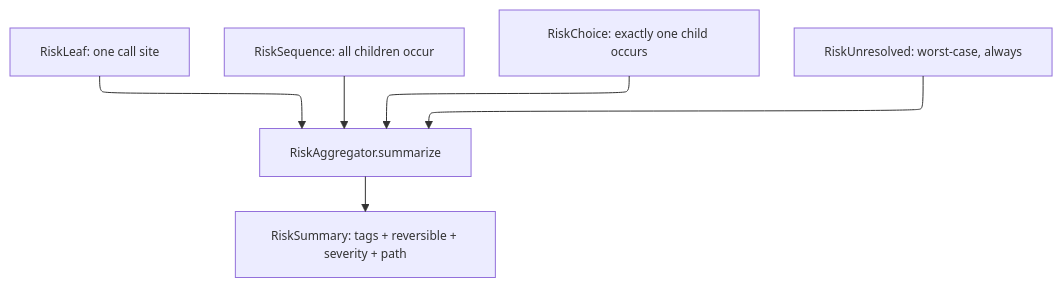
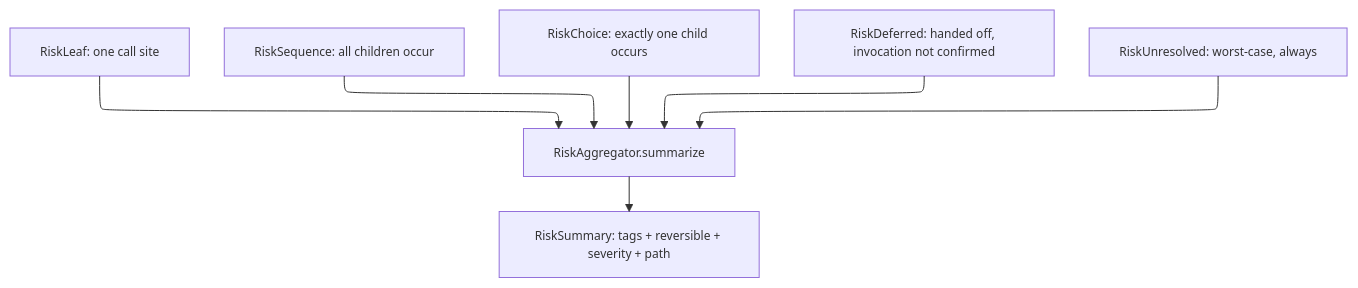
One commit to ModelArmy/adjutant.cr changed the tenth of 12 diagrams in DEVELOPMENT.md. Above: the diagram before and after it, drawn with Mermaid. The commit also changed other lines of this file and 31 other files, not shown here.

````diff
--- a/DEVELOPMENT.md
+++ b/DEVELOPMENT.md
@@ -504,15 +508,16 @@
 ```mermaid
 ---
 displayMode: compact
 config:
   layout: elk
   themeVariables:
     fontSize: 12px
 ---
 flowchart TD
     Leaf["RiskLeaf: one call site"] --> Agg[RiskAggregator.summarize]
     Seq["RiskSequence: all children occur"] --> Agg
     Choice["RiskChoice: exactly one child occurs"] --> Agg
+    Deferred["RiskDeferred: handed off, invocation not confirmed"] --> Agg
     Unresolved["RiskUnresolved: worst-case, always"] --> Agg
     Agg --> Sum[RiskSummary: tags + reversible + severity + path]
 ```
````
